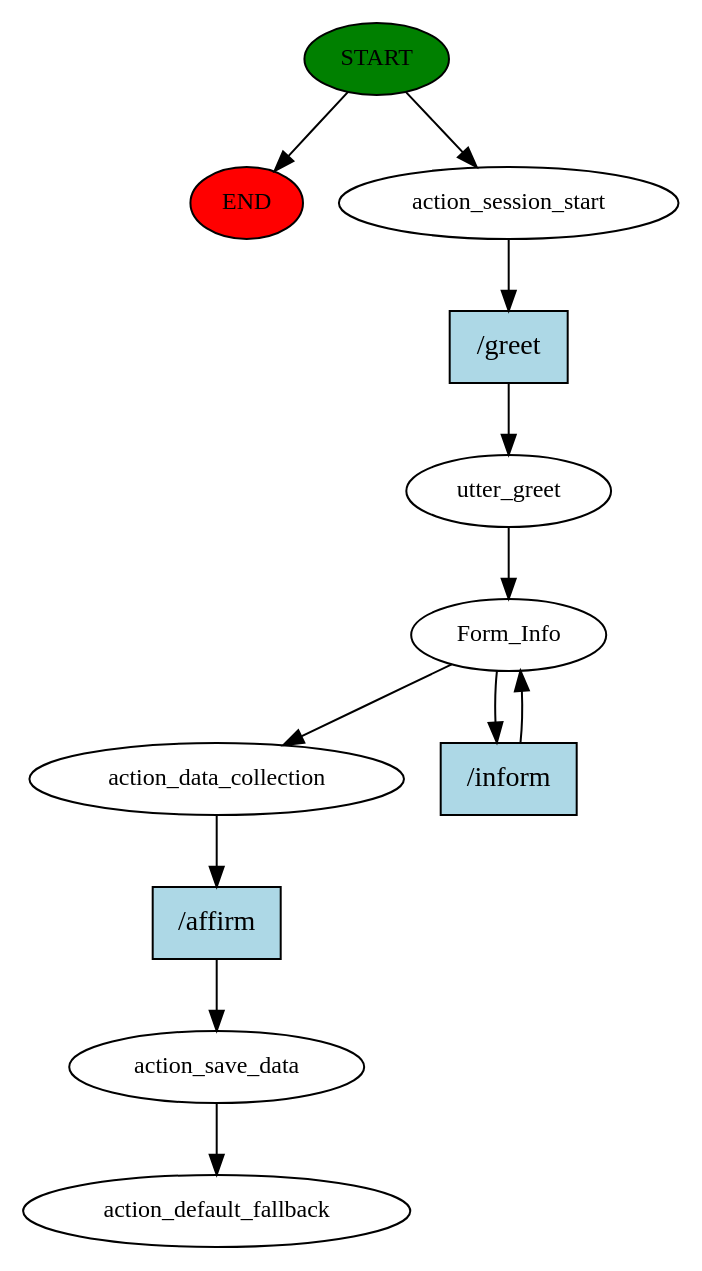
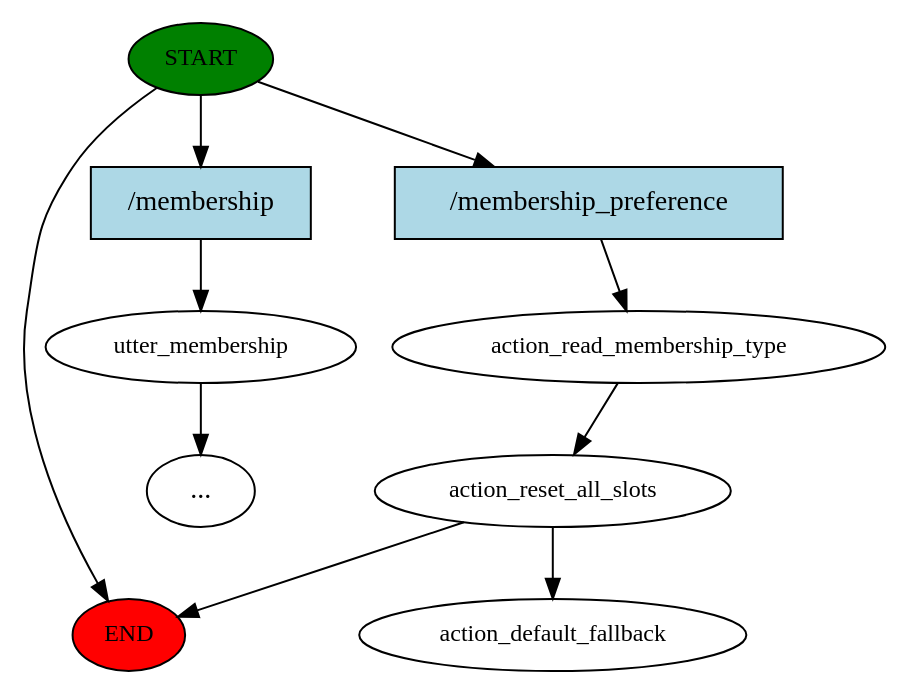
The diagram in story_graph.dot (AnyaaForger/CS_CHATBOT), drawn with Graphviz before and after one commit. The commit also changed 205 other files, not shown here.

```diff
--- a/story_graph.dot
+++ b/story_graph.dot
@@ -1,24 +1,20 @@
 digraph  {
 0 [class="start active", fillcolor=green, fontsize=12, label=START, style=filled];
 "-1" [class=end, fillcolor=red, fontsize=12, label=END, style=filled];
-1 [class=active, fontsize=12, label=action_session_start];
-2 [class=active, fontsize=12, label=utter_greet];
-3 [class=active, fontsize=12, label=Form_Info];
-8 [class=active, fontsize=12, label=action_data_collection];
-9 [class=active, fontsize=12, label=action_save_data];
-10 [class="dashed active", fontsize=12, label=action_default_fallback];
-11 [class="intent active", fillcolor=lightblue, label="/greet", shape=rect, style=filled];
-12 [class="intent active", fillcolor=lightblue, label="/inform", shape=rect, style=filled];
-13 [class="intent active", fillcolor=lightblue, label="/affirm", shape=rect, style=filled];
+1 [class="", fontsize=12, label=utter_membership];
+"-3" [class=ellipsis, label="..."];
+2 [class=active, fontsize=12, label=action_read_membership_type];
+3 [class=active, fontsize=12, label=action_reset_all_slots];
+6 [class="dashed active", fontsize=12, label=action_default_fallback];
+7 [class=intent, fillcolor=lightblue, label="/membership", shape=rect, style=filled];
+8 [class="intent active", fillcolor=lightblue, label="/membership_preference", shape=rect, style=filled];
 0 -> "-1"  [class="", key=NONE, label=""];
-0 -> 1  [class=active, key=NONE, label=""];
-1 -> 11  [class=active, key=0];
+0 -> 7  [class="", key=0];
+0 -> 8  [class=active, key=0];
+1 -> "-3"  [class="", key=NONE, label=""];
 2 -> 3  [class=active, key=NONE, label=""];
-3 -> 8  [class=active, key=NONE, label=""];
-3 -> 12  [class=active, key=0];
-8 -> 13  [class=active, key=0];
-9 -> 10  [class=active, key=NONE, label=""];
-11 -> 2  [class=active, key=0];
-12 -> 3  [class=active, key=0];
-13 -> 9  [class=active, key=0];
+3 -> "-1"  [class="", key=NONE, label=""];
+3 -> 6  [class=active, key=NONE, label=""];
+7 -> 1  [class="", key=0];
+8 -> 2  [class=active, key=0];
 }
```
